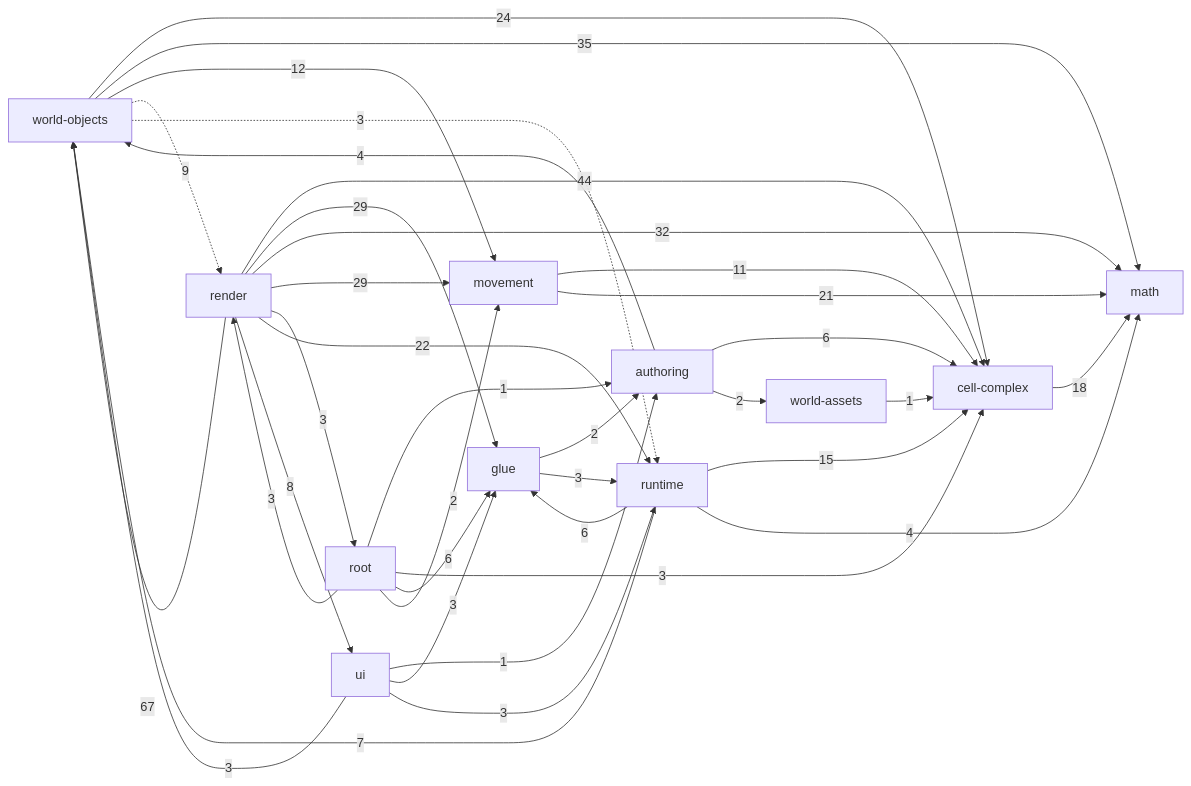
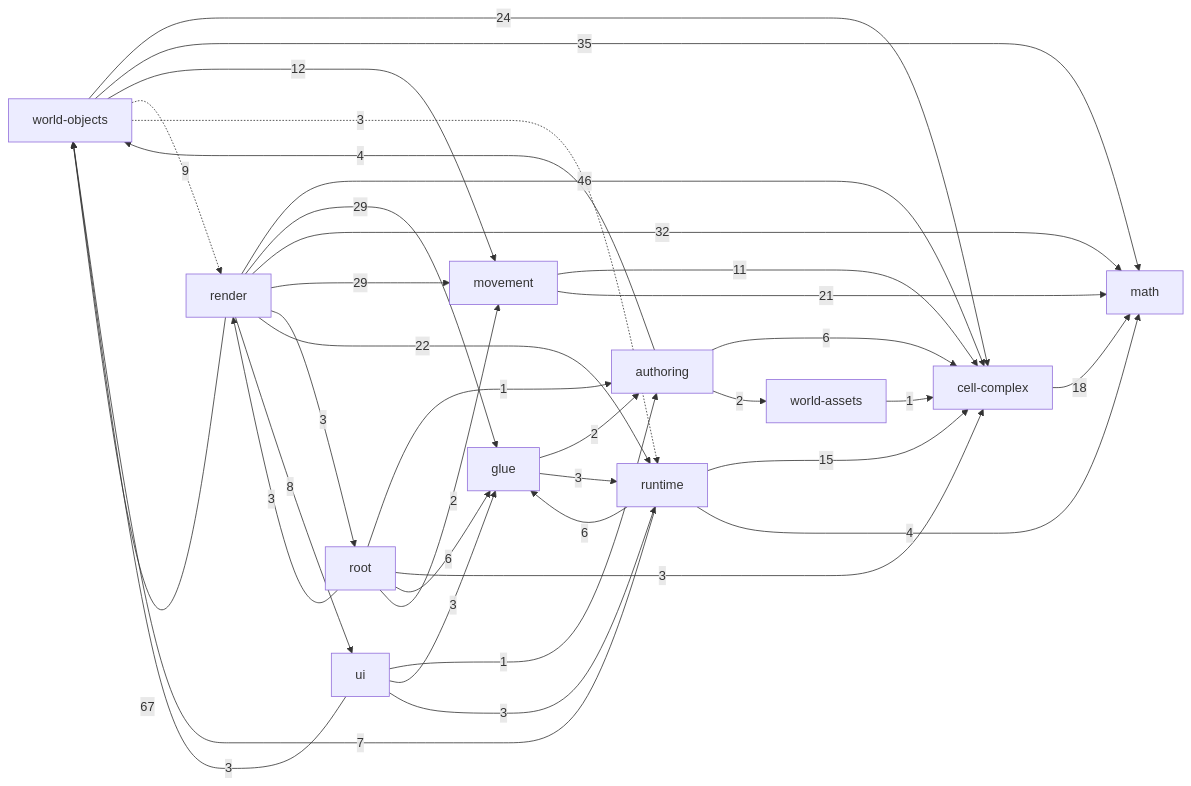
Before and after one commit to guraltsev/noneuclid-fpv: the diagram in _docs/generated/ARCHITECTURE_REFERENCE.md, drawn with Mermaid. The commit also changed other lines of this file and 11 other files, not shown here.

````diff
--- a/_docs/generated/ARCHITECTURE_REFERENCE.md
+++ b/_docs/generated/ARCHITECTURE_REFERENCE.md
@@ -32,49 +32,49 @@
 ```mermaid
 flowchart LR
   math["math"]
   cell_complex["cell-complex"]
   movement["movement"]
   world_assets["world-assets"]
   world_objects["world-objects"]
   authoring["authoring"]
   runtime["runtime"]
   ui["ui"]
   glue["glue"]
   render["render"]
   root["root"]
   authoring -->|6| cell_complex
   authoring -->|2| world_assets
   authoring -->|4| world_objects
   cell_complex -->|18| math
   glue -->|2| authoring
   glue -->|3| runtime
   movement -->|11| cell_complex
   movement -->|21| math
-  render -->|44| cell_complex
+  render -->|46| cell_complex
   render -->|29| glue
   render -->|32| math
   render -->|29| movement
   render -->|3| root
   render -->|22| runtime
   render -->|8| ui
   render -->|67| world_objects
   root -->|1| authoring
   root -->|3| cell_complex
   root -->|6| glue
   root -->|2| movement
   root -->|3| render
   runtime -->|15| cell_complex
   runtime -->|6| glue
   runtime -->|4| math
   runtime -->|7| world_objects
   ui -->|1| authoring
   ui -->|3| glue
   ui -->|3| runtime
   ui -->|3| world_objects
   world_assets -->|1| cell_complex
   world_objects -->|24| cell_complex
   world_objects -->|35| math
   world_objects -->|12| movement
   world_objects -.->|9| render
   world_objects -.->|3| runtime
 ```
````
